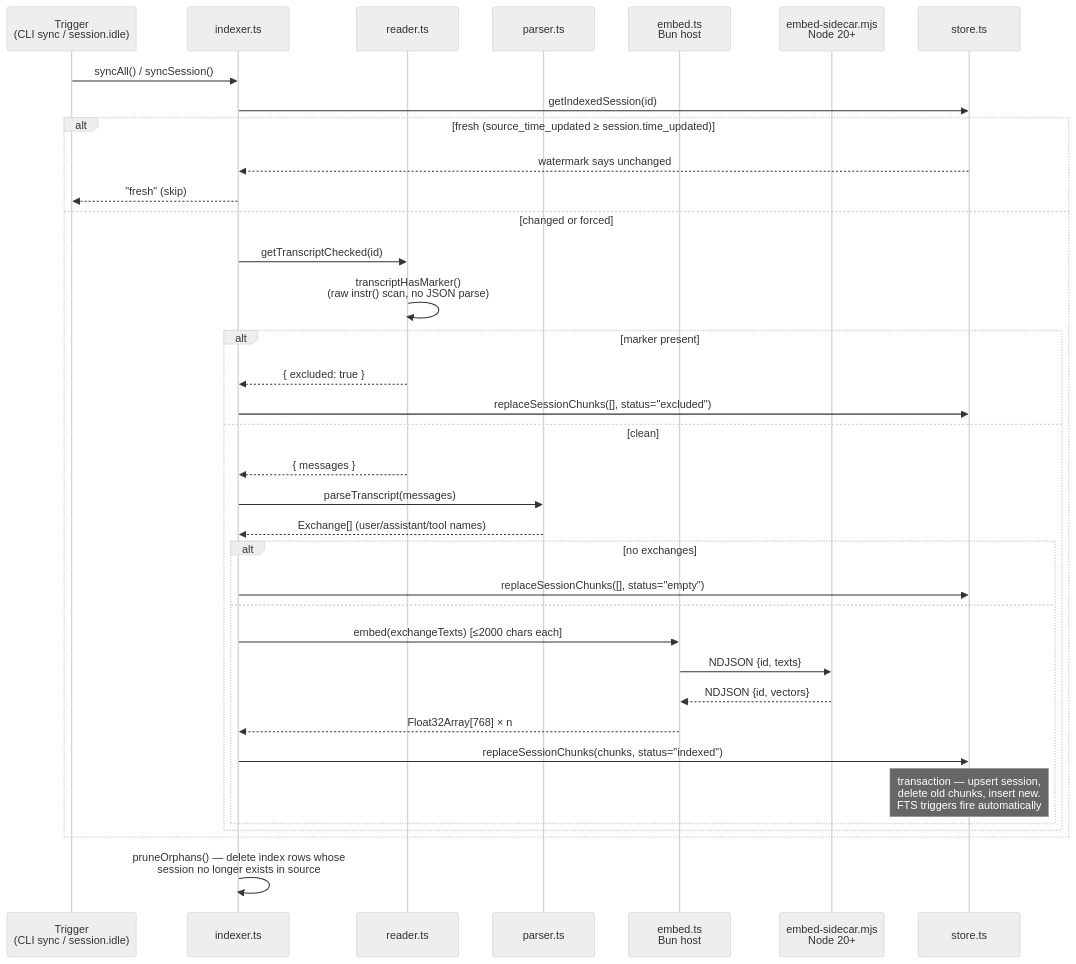
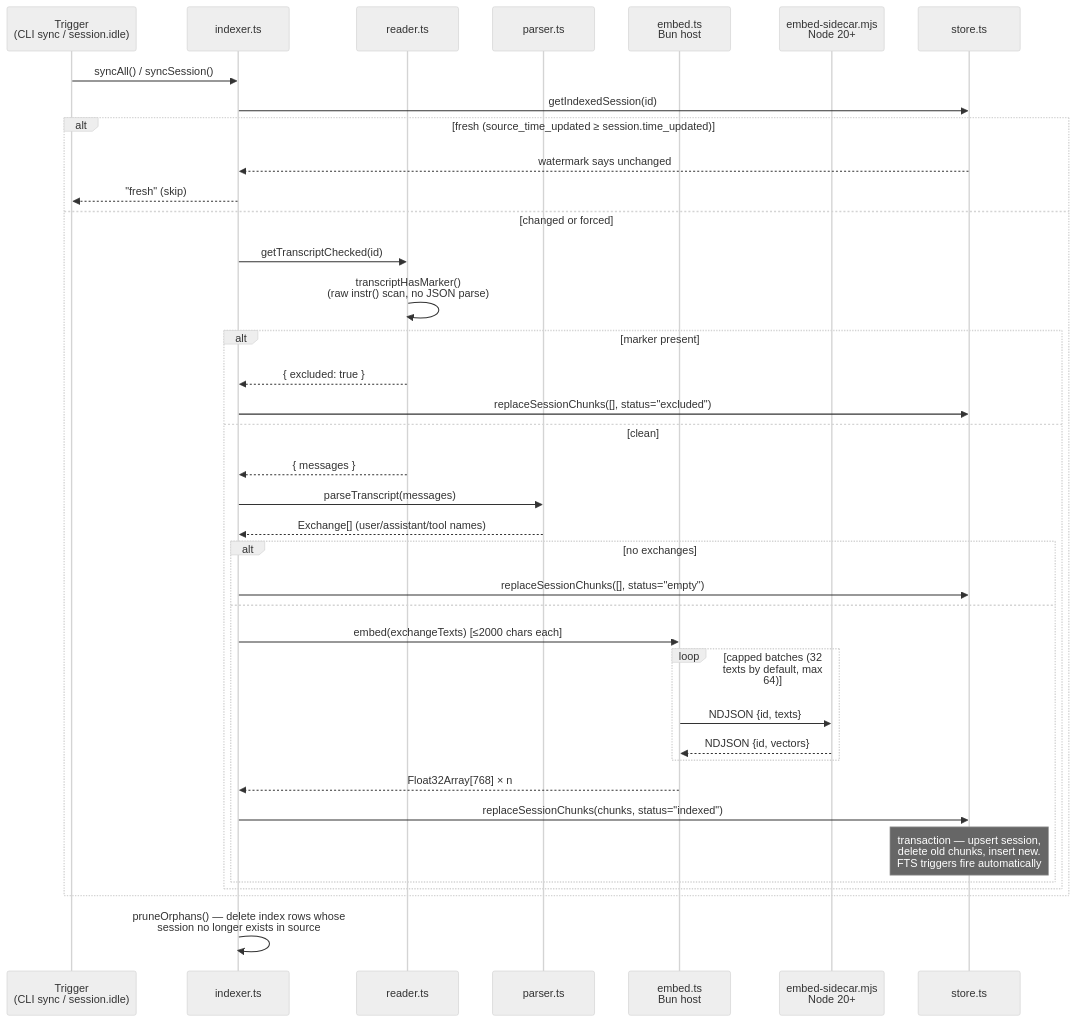
Before and after one commit to robertn702/opencode-episodic-memory: the second of 3 diagrams in ARCHITECTURE.md, drawn with Mermaid (neutral theme). The commit also changed other lines of this file and 8 other files, not shown here.

````diff
--- a/ARCHITECTURE.md
+++ b/ARCHITECTURE.md
@@ -145,39 +145,41 @@
 ```mermaid
 sequenceDiagram
     participant T as Trigger<br/>(CLI sync / session.idle)
     participant I as indexer.ts
     participant R as reader.ts
     participant P as parser.ts
     participant E as embed.ts<br/>Bun host
     participant N as embed-sidecar.mjs<br/>Node 20+
     participant S as store.ts
 
     T->>I: syncAll() / syncSession()
     I->>S: getIndexedSession(id)
     alt fresh (source_time_updated ≥ session.time_updated)
         S-->>I: watermark says unchanged
         I-->>T: "fresh" (skip)
     else changed or forced
         I->>R: getTranscriptChecked(id)
         R->>R: transcriptHasMarker()<br/>(raw instr() scan, no JSON parse)
         alt marker present
             R-->>I: { excluded: true }
             I->>S: replaceSessionChunks([], status="excluded")
         else clean
             R-->>I: { messages }
             I->>P: parseTranscript(messages)
             P-->>I: Exchange[] (user/assistant/tool names)
             alt no exchanges
                 I->>S: replaceSessionChunks([], status="empty")
             else
                 I->>E: embed(exchangeTexts)  [≤2000 chars each]
-                E->>N: NDJSON {id, texts}
-                N-->>E: NDJSON {id, vectors}
+                loop capped batches (32 texts by default, max 64)
+                    E->>N: NDJSON {id, texts}
+                    N-->>E: NDJSON {id, vectors}
+                end
                 E-->>I: Float32Array[768] × n
                 I->>S: replaceSessionChunks(chunks, status="indexed")
                 Note over S: transaction — upsert session,<br/>delete old chunks, insert new.<br/>FTS triggers fire automatically
             end
         end
     end
     I->>I: pruneOrphans() — delete index rows whose<br/>session no longer exists in source
 ```
````
